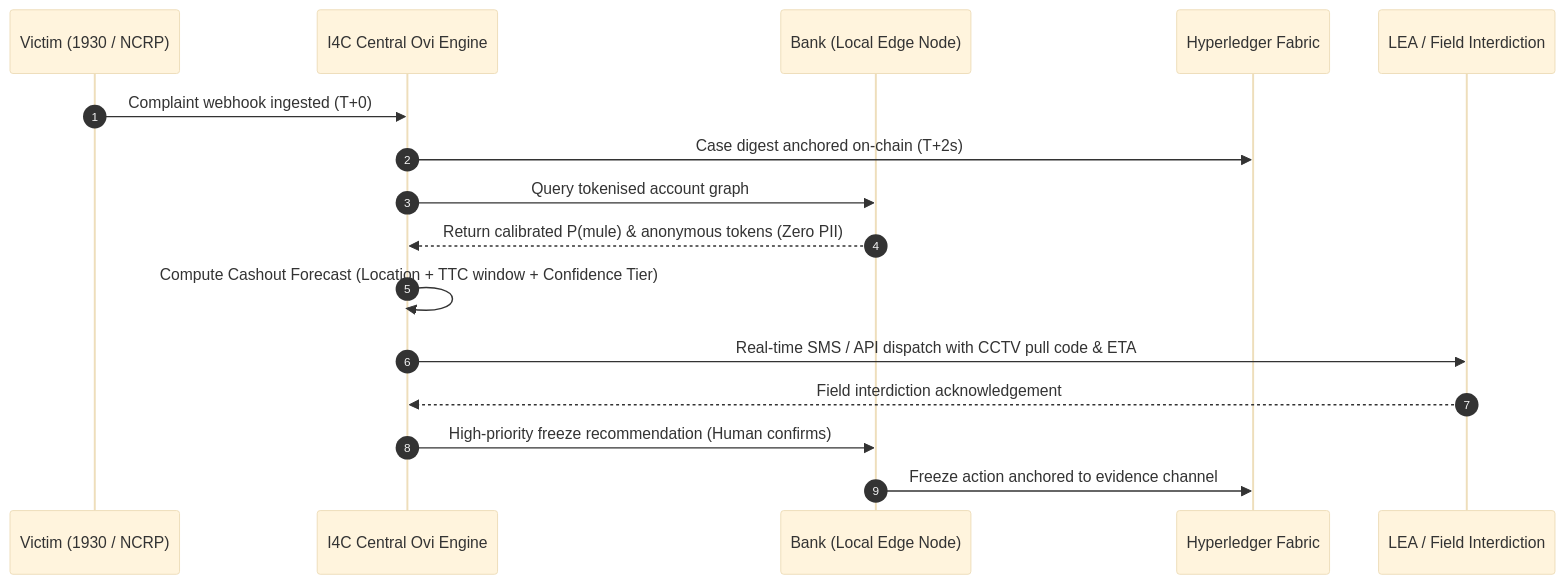
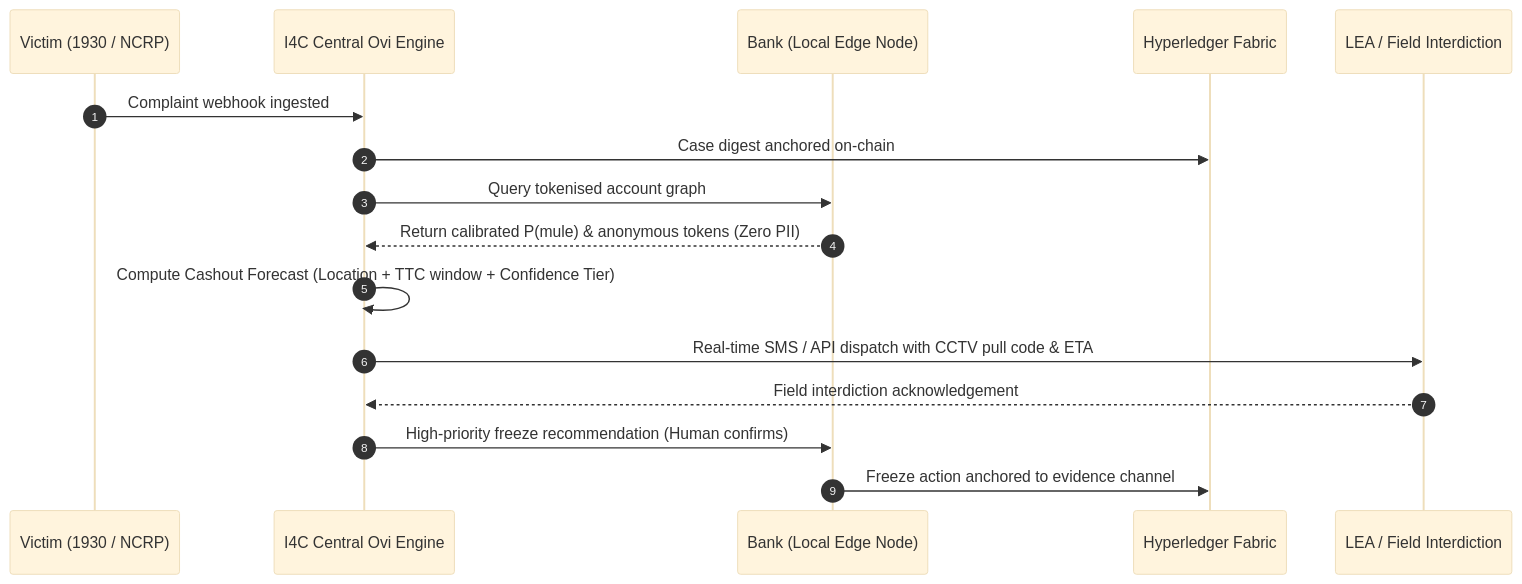
The second of 7 diagrams in README.md (Pranav-Pardeshii/Ovi-V3), drawn with Mermaid (base theme) before and after one commit. The commit also changed other lines of this file, not shown here.

````diff
--- a/README.md
+++ b/README.md
@@ -134,18 +133,18 @@
 ```mermaid
 sequenceDiagram
     autonumber
     participant V as Victim (1930 / NCRP)
     participant I as I4C Central Ovi Engine
     participant B as Bank (Local Edge Node)
     participant F as Hyperledger Fabric
     participant L as LEA / Field Interdiction
-    V->>I: Complaint webhook ingested (T+0)
-    I->>F: Case digest anchored on-chain (T+2s)
+    V->>I: Complaint webhook ingested
+    I->>F: Case digest anchored on-chain
     I->>B: Query tokenised account graph
     B-->>I: Return calibrated P(mule) & anonymous tokens (Zero PII)
     I->>I: Compute Cashout Forecast (Location + TTC window + Confidence Tier)
     I->>L: Real-time SMS / API dispatch with CCTV pull code & ETA
     L-->>I: Field interdiction acknowledgement
     I->>B: High-priority freeze recommendation (Human confirms)
     B->>F: Freeze action anchored to evidence channel
 ```
````
